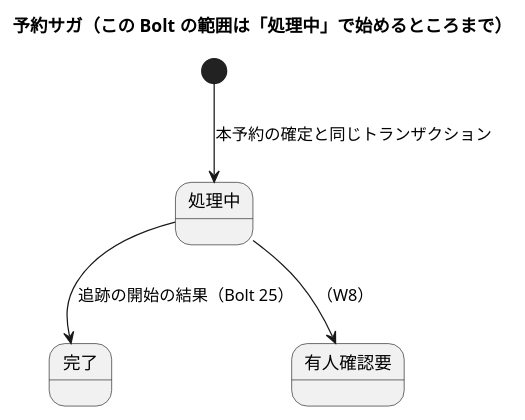
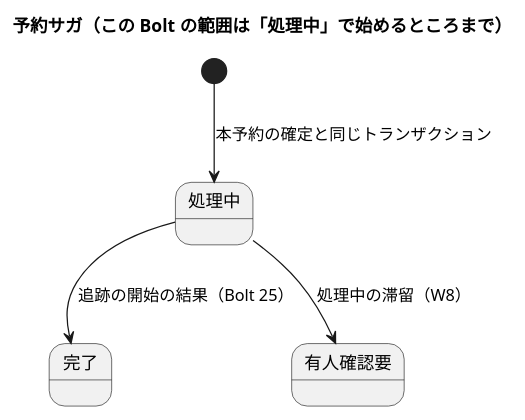
The third of 5 diagrams in docs/development/cargo-tracker/bolt_23_plan.md (k2works/practical-domain-driven-design-in-enterpris-application), drawn with PlantUML before and after one commit. The commit also changed other lines of this file and 2 other files, not shown here.

````diff
--- a/docs/development/cargo-tracker/bolt_23_plan.md
+++ b/docs/development/cargo-tracker/bolt_23_plan.md
@@ -157,8 +165,8 @@
 ```plantuml
 @startuml
 title 予約サガ（この Bolt の範囲は「処理中」で始めるところまで）
 [*] --> 処理中 : 本予約の確定と同じトランザクション
 処理中 --> 完了 : 追跡の開始の結果（Bolt 25）
-処理中 --> 有人確認要 : （W8）
+処理中 --> 有人確認要 : 処理中の滞留（W8）
 @enduml
 ```
````
